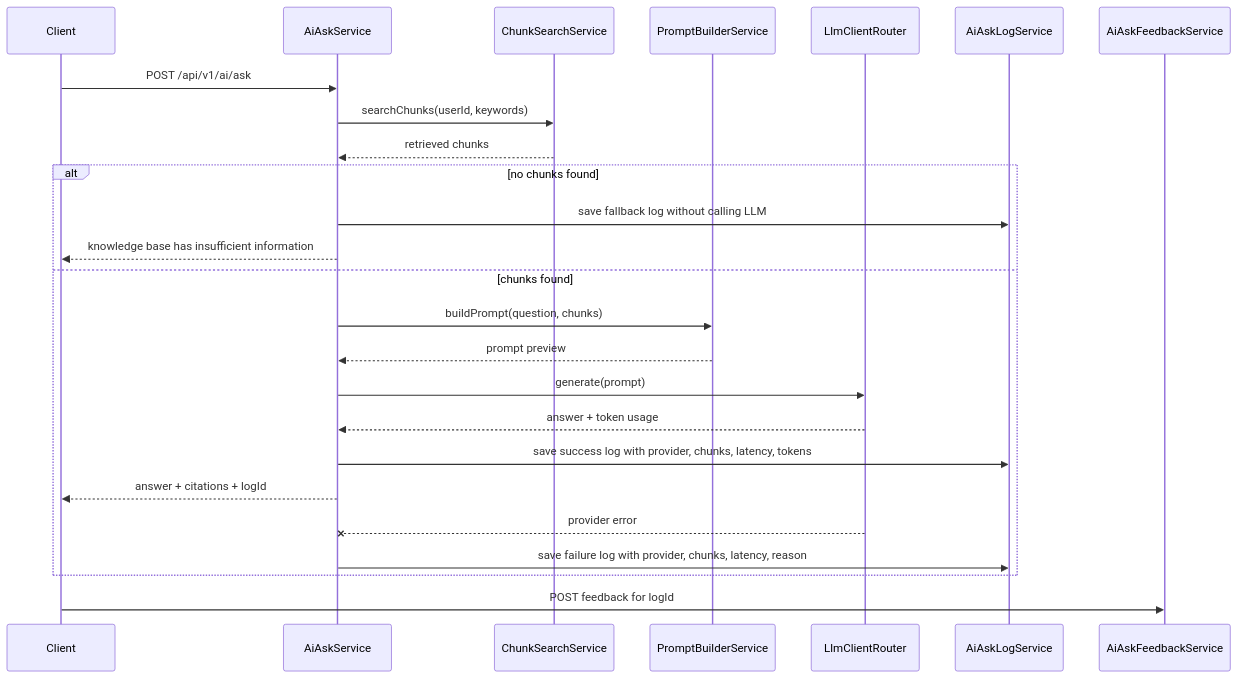
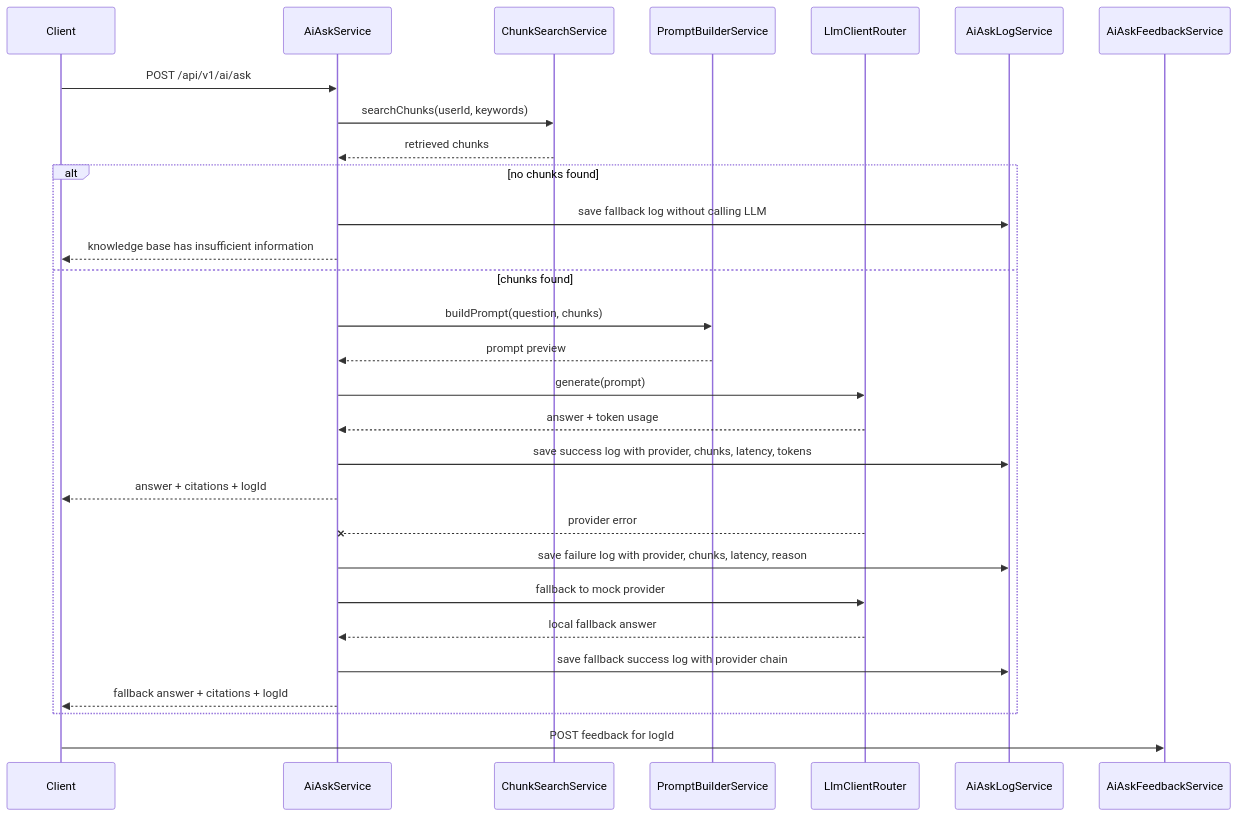
Before and after one commit to wwjorker/devmind: the second of 2 diagrams in backend/README.md, drawn with Mermaid. The commit also changed other lines of this file and 8 other files, not shown here.

Commit message:
feat: add llm provider fallback

````diff
--- a/backend/README.md
+++ b/backend/README.md
@@ -114,28 +116,32 @@
 ```mermaid
 sequenceDiagram
     participant Client
     participant AI as AiAskService
     participant Search as ChunkSearchService
     participant Prompt as PromptBuilderService
     participant LLM as LlmClientRouter
     participant Log as AiAskLogService
     participant Feedback as AiAskFeedbackService
 
     Client->>AI: POST /api/v1/ai/ask
     AI->>Search: searchChunks(userId, keywords)
     Search-->>AI: retrieved chunks
     alt no chunks found
         AI->>Log: save fallback log without calling LLM
         AI-->>Client: knowledge base has insufficient information
     else chunks found
     AI->>Prompt: buildPrompt(question, chunks)
     Prompt-->>AI: prompt preview
     AI->>LLM: generate(prompt)
     LLM-->>AI: answer + token usage
     AI->>Log: save success log with provider, chunks, latency, tokens
     AI-->>Client: answer + citations + logId
     LLM--xAI: provider error
     AI->>Log: save failure log with provider, chunks, latency, reason
+    AI->>LLM: fallback to mock provider
+    LLM-->>AI: local fallback answer
+    AI->>Log: save fallback success log with provider chain
+    AI-->>Client: fallback answer + citations + logId
     end
     Client->>Feedback: POST feedback for logId
 ```
````
